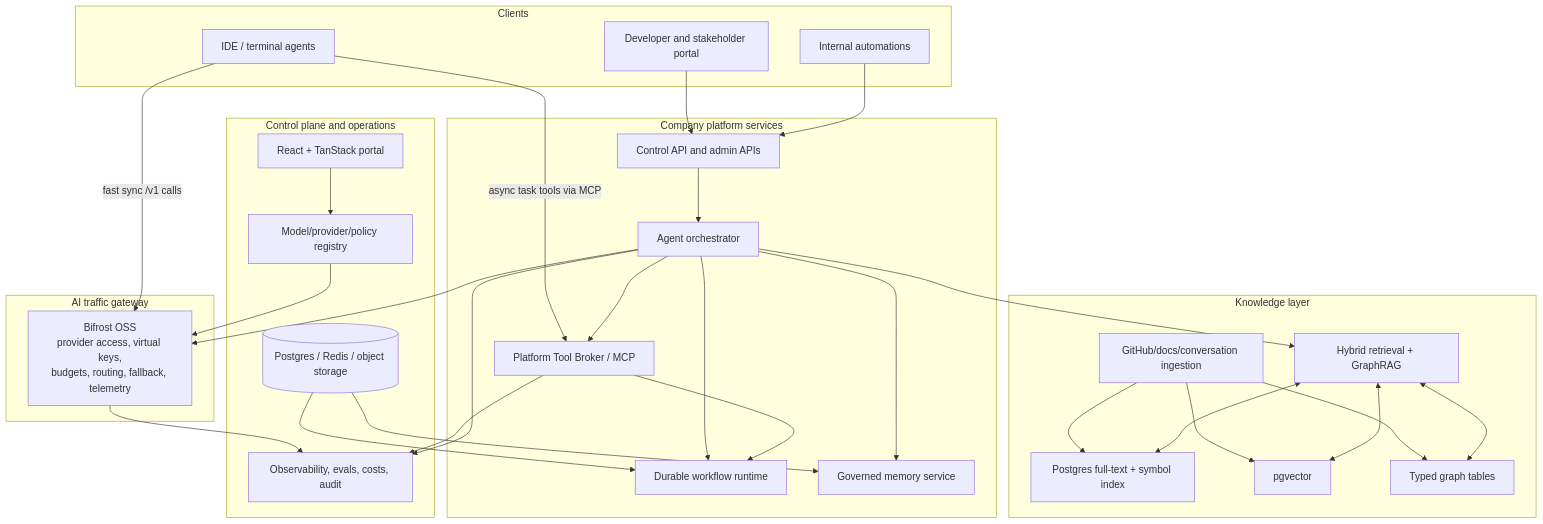
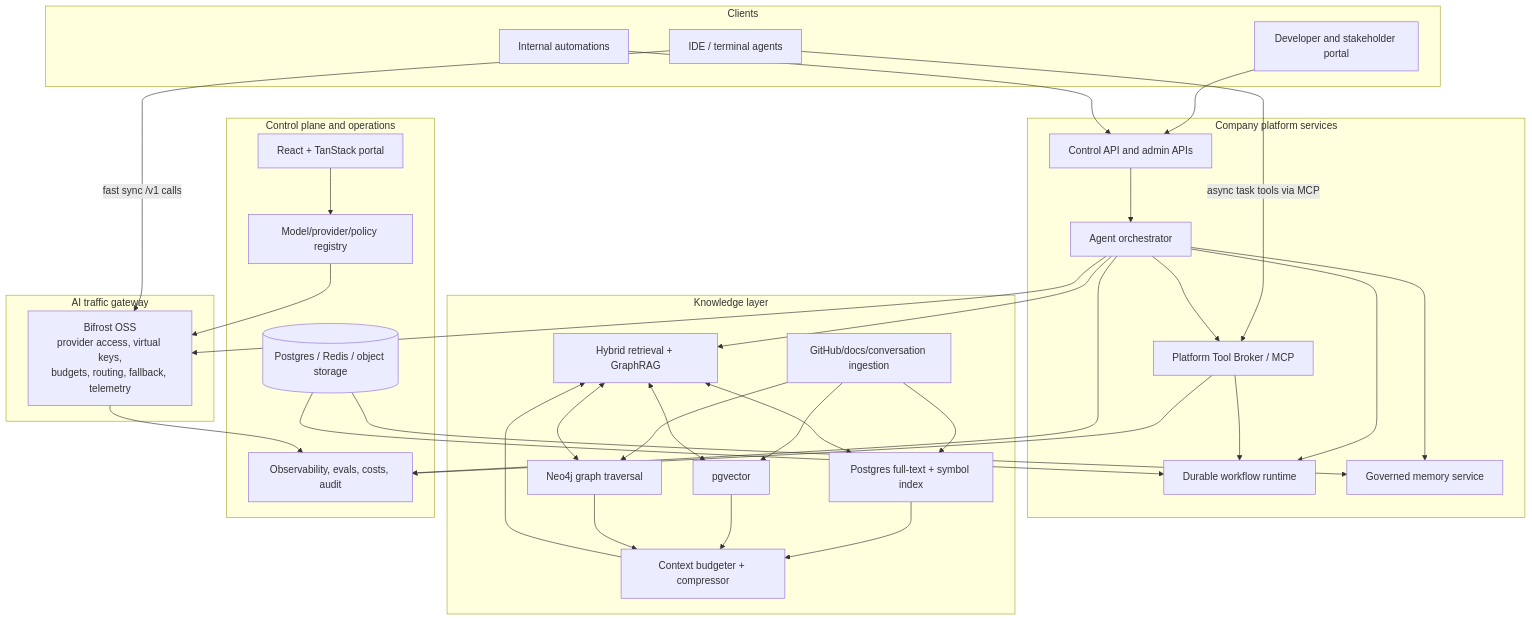
The diagram in AI-Platform-Proposal.md (mnishanth02/devgateway), drawn with Mermaid before and after one commit. The commit also changed other lines of this file and 51 other files, not shown here.

````diff
--- a/AI-Platform-Proposal.md
+++ b/AI-Platform-Proposal.md
@@ -60,60 +62,65 @@
 ```mermaid
 flowchart TB
   subgraph Clients["Clients"]
     IDE[IDE / terminal agents]
     Portal[Developer and stakeholder portal]
     API[Internal automations]
   end
 
   subgraph Gateway["AI traffic gateway"]
     BF[Bifrost OSS<br/>provider access, virtual keys,<br/>budgets, routing, fallback, telemetry]
   end
 
   subgraph Platform["Company platform services"]
     CTRL[Control API and admin APIs]
     TOOL[Platform Tool Broker / MCP]
     AGENT[Agent orchestrator]
     WF[Durable workflow runtime]
     MEM[Governed memory service]
   end
 
   subgraph Knowledge["Knowledge layer"]
     ING[GitHub/docs/conversation ingestion]
     LEX[Postgres full-text + symbol index]
     VEC[pgvector]
-    GRAPH[Typed graph tables]
+    GRAPH[Neo4j graph traversal]
+    BUDGET[Context budgeter + compressor]
     RAG[Hybrid retrieval + GraphRAG]
   end
 
   subgraph Ops["Control plane and operations"]
     UI[React + TanStack portal]
     REG[Model/provider/policy registry]
     OBS[Observability, evals, costs, audit]
     DB[(Postgres / Redis / object storage)]
   end
 
   IDE -->|fast sync /v1 calls| BF
   IDE -->|async task tools via MCP| TOOL
   Portal --> CTRL
   API --> CTRL
   CTRL --> AGENT
   AGENT --> WF
   AGENT --> TOOL
   AGENT --> MEM
   AGENT --> RAG
   AGENT --> BF
   TOOL --> WF
   ING --> LEX
   ING --> VEC
   ING --> GRAPH
+  LEX --> BUDGET
+  VEC --> BUDGET
+  GRAPH --> BUDGET
+  BUDGET --> RAG
   RAG <--> LEX
   RAG <--> VEC
   RAG <--> GRAPH
   BF --> OBS
   TOOL --> OBS
   AGENT --> OBS
   UI --> REG
   REG --> BF
   DB --> WF
   DB --> MEM
 ```
````
